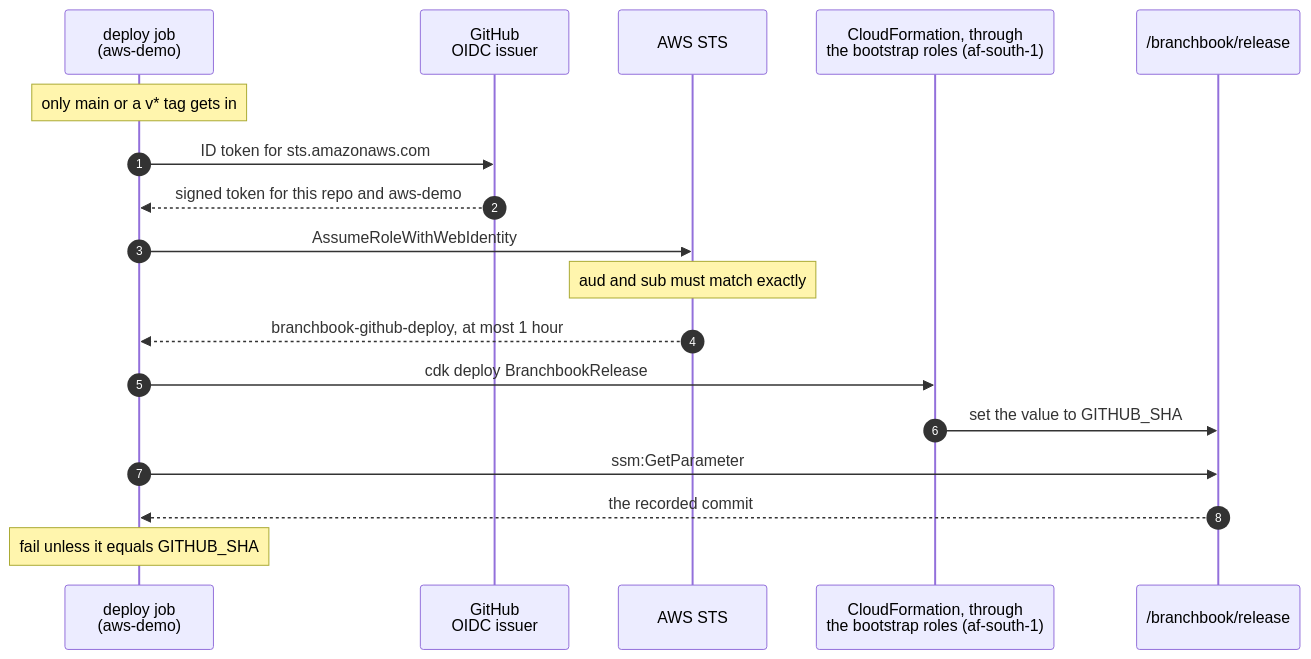
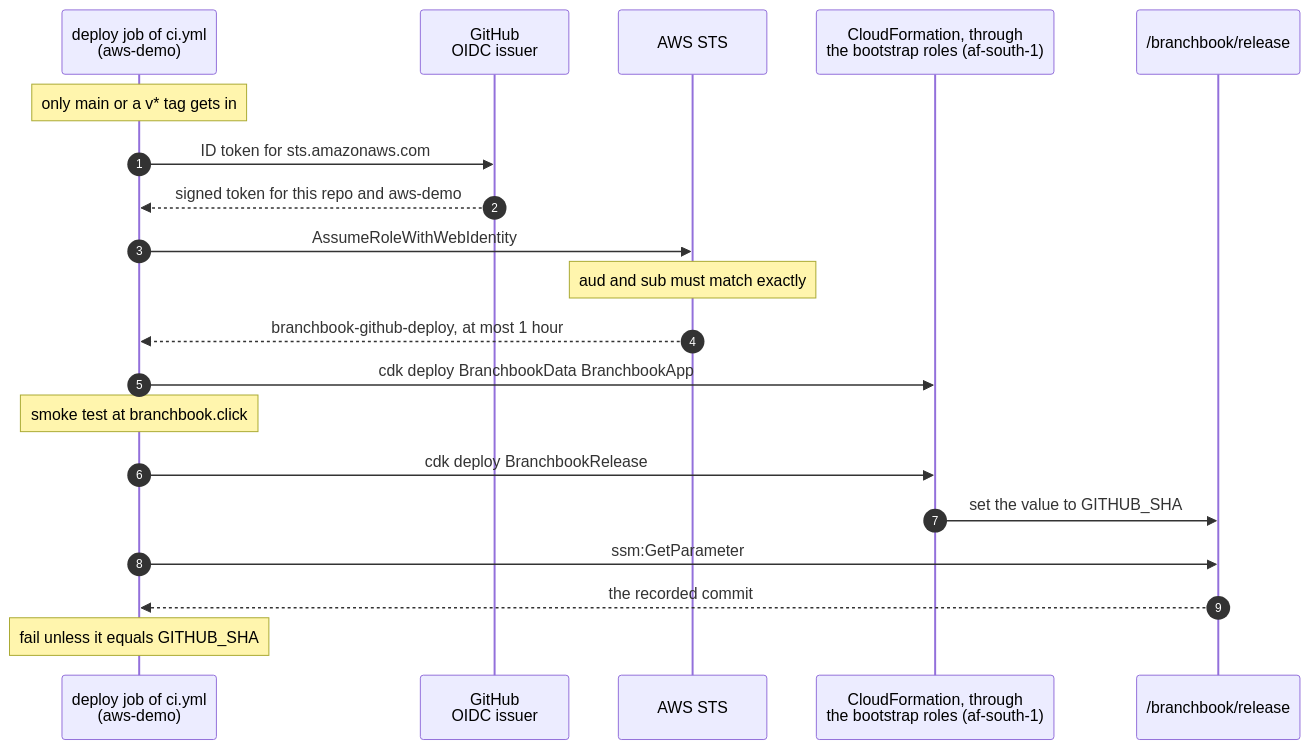
The diagram in infra/README.md (KatlehoKomeke/Appointment-Booking-System), drawn with Mermaid before and after one commit. The commit also changed other lines of this file and 17 other files, not shown here.

First line of the commit message:
docs: the pipeline deploys the hosted demo, in every guide and diagram

````diff
--- a/infra/README.md
+++ b/infra/README.md
@@ -80,20 +87,22 @@
 ```mermaid
 sequenceDiagram
     autonumber
-    participant Job as deploy job<br/>(aws-demo)
+    participant Job as deploy job of ci.yml<br/>(aws-demo)
     participant Issuer as GitHub<br/>OIDC issuer
     participant STS as AWS STS
     participant CFN as CloudFormation, through<br/>the bootstrap roles (af-south-1)
     participant SSM as /branchbook/release
     Note over Job: only main or a v* tag gets in
     Job->>Issuer: ID token for sts.amazonaws.com
     Issuer-->>Job: signed token for this repo and aws-demo
     Job->>STS: AssumeRoleWithWebIdentity
     Note over STS: aud and sub must match exactly
     STS-->>Job: branchbook-github-deploy, at most 1 hour
+    Job->>CFN: cdk deploy BranchbookData BranchbookApp
+    Note over Job: smoke test at branchbook.click
     Job->>CFN: cdk deploy BranchbookRelease
     CFN->>SSM: set the value to GITHUB_SHA
     Job->>SSM: ssm:GetParameter
     SSM-->>Job: the recorded commit
     Note over Job: fail unless it equals GITHUB_SHA
 ```
````
